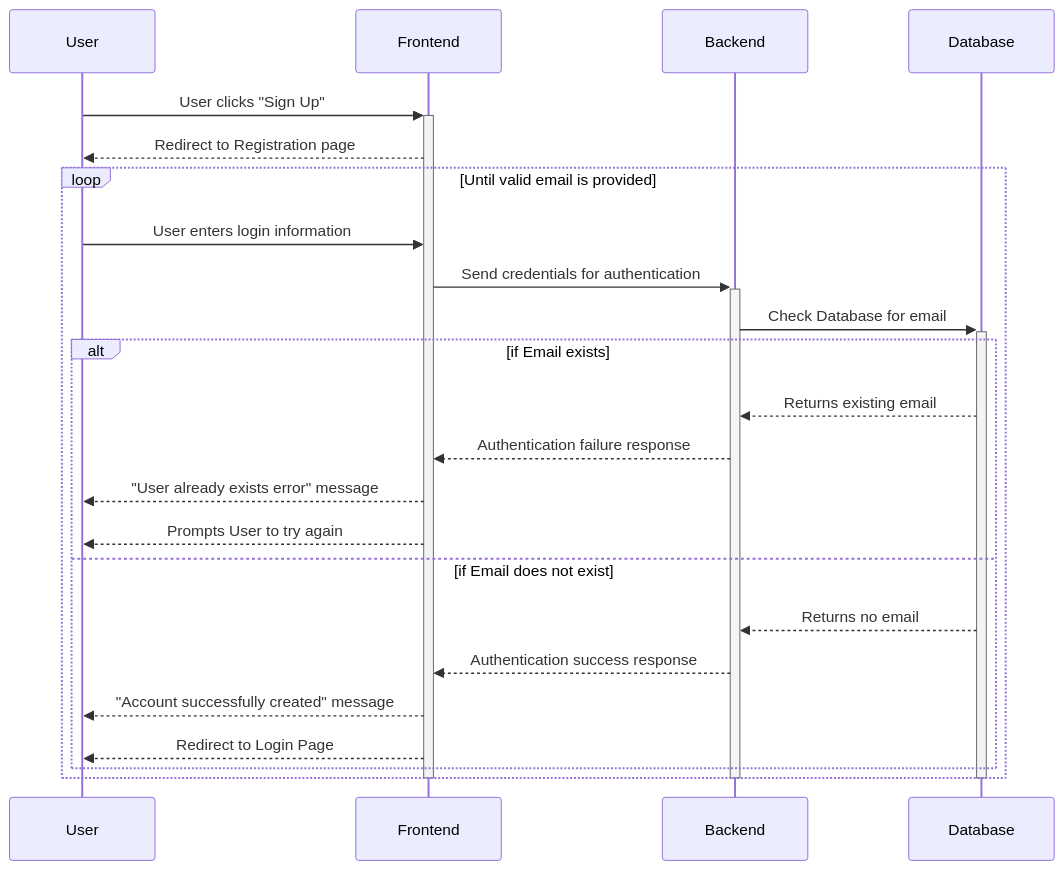
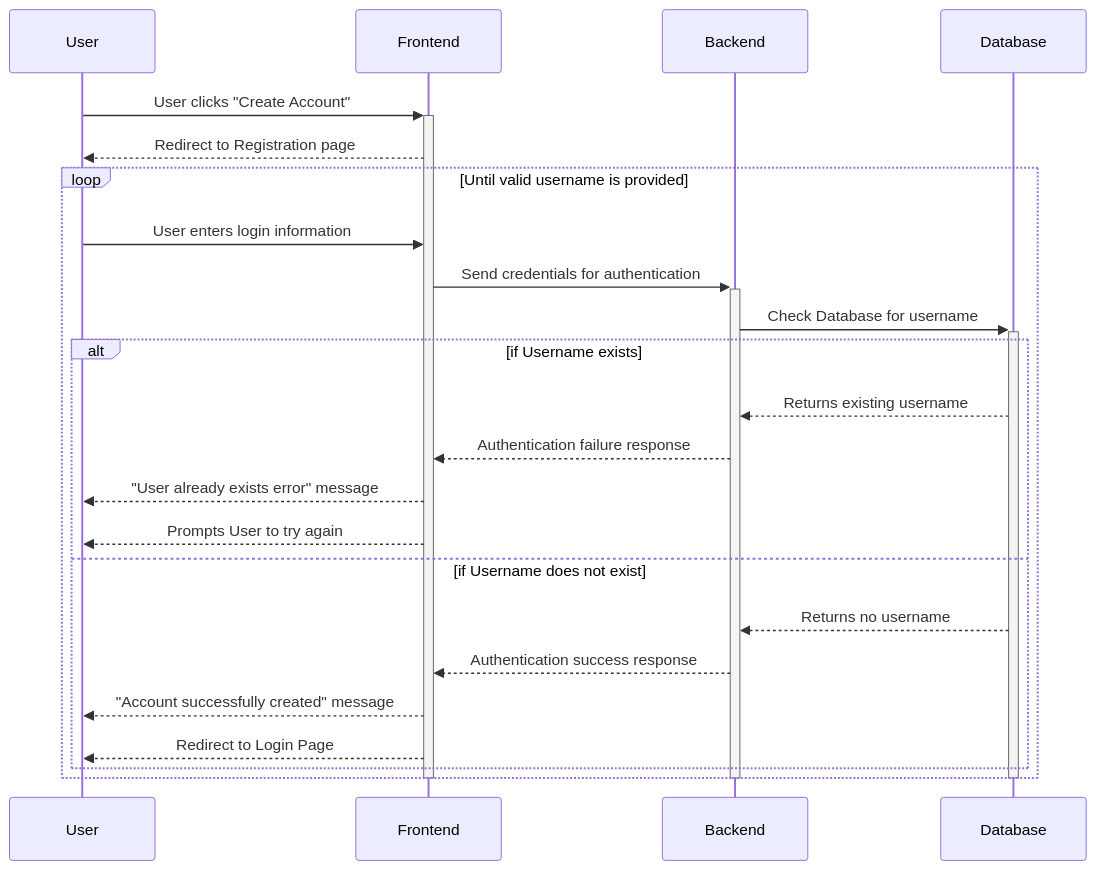
One commit to Capstone-Projects-2025-Spring/project-003-story-builder-team-1 changed the first of 11 diagrams in documentation/docs/system-architecture/sequence-diagrams.md. Above: the diagram before and after it, drawn with Mermaid. The commit also changed other lines of this file, not shown here.

Commit message:
Update sequence-diagrams.md
Updated sequence diagrams with alterations to frontend

````diff
--- a/documentation/docs/system-architecture/sequence-diagrams.md
+++ b/documentation/docs/system-architecture/sequence-diagrams.md
@@ -8,28 +8,28 @@
 ```mermaid
 sequenceDiagram
     participant User
     participant Frontend
     participant Backend
     participant Database
-    User->>+Frontend: User clicks "Sign Up"
+    User->>+Frontend: User clicks "Create Account"
     Frontend-->>User: Redirect to Registration page
-    loop Until valid email is provided
+    loop Until valid username is provided
         User->>Frontend: User enters login information
         Frontend->>+Backend: Send credentials for authentication
-        Backend->>+Database: Check Database for email
-        alt if Email exists
-            Database-->>Backend: Returns existing email
+        Backend->>+Database: Check Database for username
+        alt if Username exists
+            Database-->>Backend: Returns existing username
             Backend-->>Frontend: Authentication failure response
             Frontend-->>User: "User already exists error" message
             Frontend-->>User: Prompts User to try again
-        else if Email does not exist
-            Database-->>Backend: Returns no email
+        else if Username does not exist
+            Database-->>Backend: Returns no username
             Backend-->>Frontend: Authentication success response
             Frontend-->>User: "Account successfully created" message
             Frontend-->>User: Redirect to Login Page
         end
     end
     deactivate Database
     deactivate Backend
     deactivate Frontend
 ```
````
